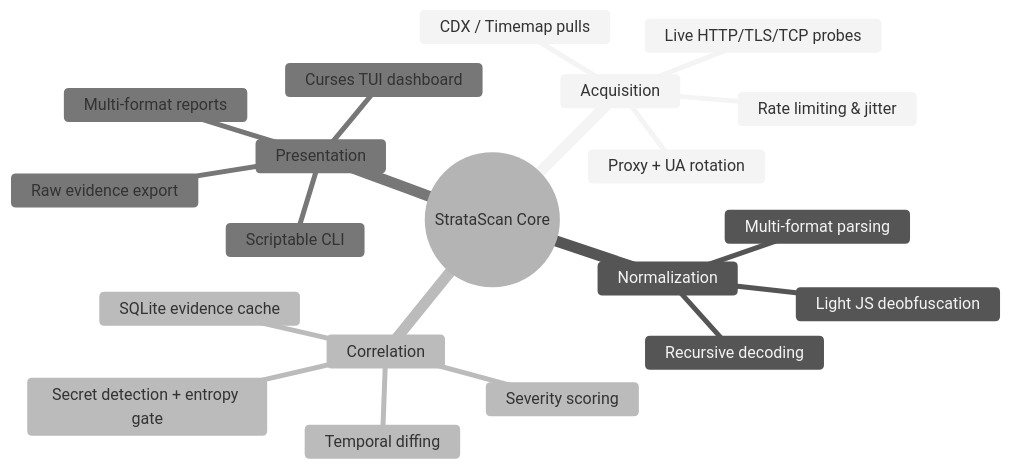
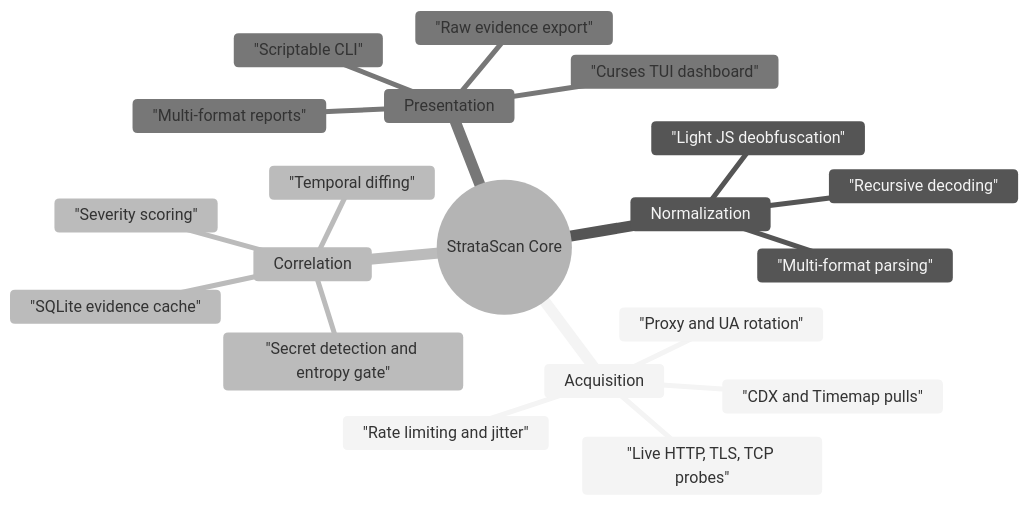
One commit to sylhetyhackvenger/STRATASCAN changed the second of 22 diagrams in README.md. Above: the diagram before and after it, drawn with Mermaid (neutral theme). The commit also changed other lines of this file, not shown here.

````diff
--- a/README.md
+++ b/README.md
@@ -210,23 +210,23 @@
 ```mermaid
 mindmap
   root((StrataScan Core))
     Acquisition
-      CDX / Timemap pulls
-      Live HTTP/TLS/TCP probes
-      Proxy + UA rotation
-      Rate limiting & jitter
+      "CDX and Timemap pulls"
+      "Live HTTP, TLS, TCP probes"
+      "Proxy and UA rotation"
+      "Rate limiting and jitter"
     Normalization
-      Multi-format parsing
-      Recursive decoding
-      Light JS deobfuscation
+      "Multi-format parsing"
+      "Recursive decoding"
+      "Light JS deobfuscation"
     Correlation
-      Temporal diffing
-      Secret detection + entropy gate
-      Severity scoring
-      SQLite evidence cache
+      "Temporal diffing"
+      "Secret detection and entropy gate"
+      "Severity scoring"
+      "SQLite evidence cache"
     Presentation
-      Curses TUI dashboard
-      Scriptable CLI
-      Multi-format reports
-      Raw evidence export
+      "Curses TUI dashboard"
+      "Scriptable CLI"
+      "Multi-format reports"
+      "Raw evidence export"
 ```
````
